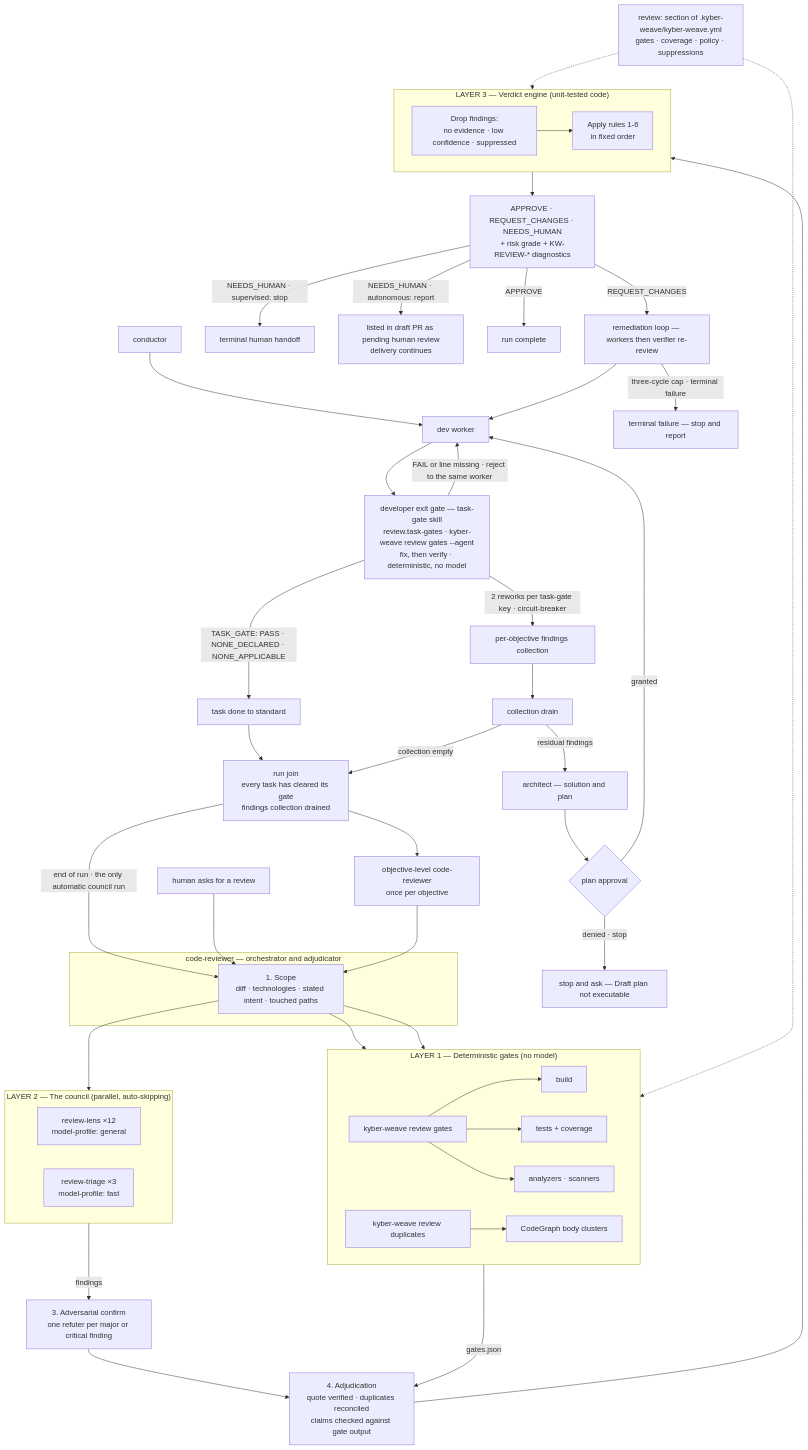
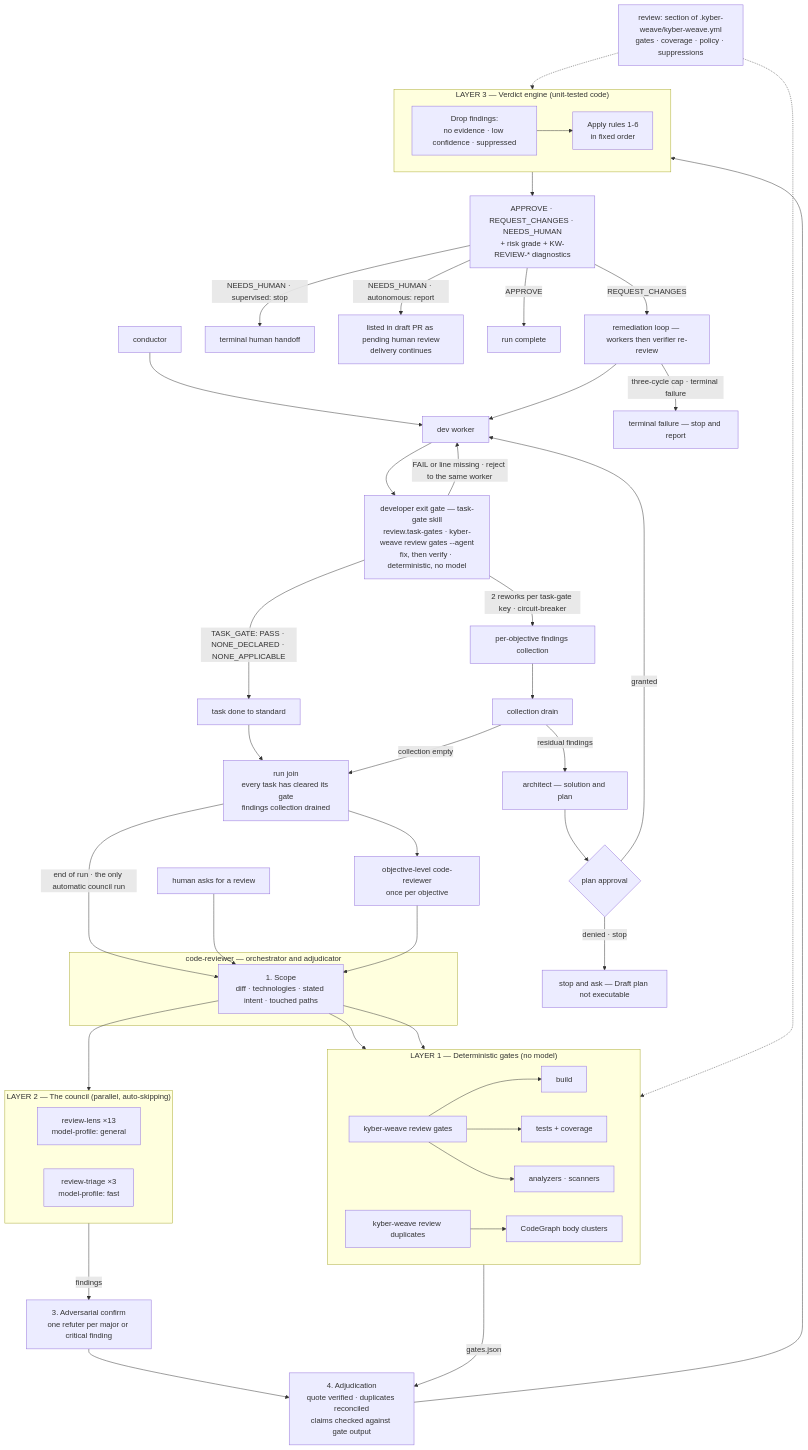
The first of 5 diagrams in docs/code-review/architecture.md (dpalfery/kyber-weave), drawn with Mermaid before and after one commit. The commit also changed other lines of this file and 9 other files, not shown here.

First line of the commit message:
feat(review): add test-infrastructure council lens

````diff
--- a/docs/code-review/architecture.md
+++ b/docs/code-review/architecture.md
@@ -47,64 +47,64 @@
 ```mermaid
 flowchart TD
     Cfg["review: section of .kyber-weave/kyber-weave.yml<br/>gates · coverage · policy · suppressions"]
     Gate["developer exit gate — task-gate skill<br/>review.task-gates · kyber-weave review gates --agent<br/>fix, then verify · deterministic, no model"]
     Caller["conductor"] --> Worker["dev worker"]
     Worker --> Gate
     Gate -->|"TASK_GATE: PASS · NONE_DECLARED · NONE_APPLICABLE"| TaskDone["task done to standard"]
     Gate -->|"FAIL or line missing · reject to the same worker"| Worker
     Gate -->|"2 reworks per task-gate key · circuit-breaker"| Findings["per-objective findings collection"]
     TaskDone --> Join["run join<br/>every task has cleared its gate<br/>findings collection drained"]
     Findings --> Drain["collection drain"]
     Drain -->|"residual findings"| Architect["architect — solution and plan"]
     Architect --> Approval{"plan approval"}
     Approval -->|"granted"| Worker
     Approval -->|"denied · stop"| PlanDenied["stop and ask — Draft plan not executable"]
     Drain -->|"collection empty"| Join
     Join -->|"end of run · the only automatic council run"| Scope
     HumanAsk["human asks for a review"] --> Scope
 
     subgraph CR["code-reviewer — orchestrator and adjudicator"]
         Scope["1. Scope<br/>diff · technologies · stated intent · touched paths"]
     end
 
     Scope --> GR
     Scope --> DG
     Scope --> Council
 
     subgraph Gates["LAYER 1 — Deterministic gates (no model)"]
         direction LR
         GR["kyber-weave review gates"] --> G1["build"] & G2["tests + coverage"] & G3["analyzers · scanners"]
         DG["kyber-weave review duplicates"] --> G4["CodeGraph body clusters"]
     end
 
     subgraph Council["LAYER 2 — The council (parallel, auto-skipping)"]
         direction LR
-        RL["review-lens ×12<br/>model-profile: general"]
+        RL["review-lens ×13<br/>model-profile: general"]
         RT["review-triage ×3<br/>model-profile: fast"]
     end
 
     Council -->|"findings"| Confirm["3. Adversarial confirm<br/>one refuter per major or critical finding"]
     Confirm --> Adjudicate
     Gates -->|"gates.json"| Adjudicate
 
     Adjudicate["4. Adjudication<br/>quote verified · duplicates reconciled<br/>claims checked against gate output"] --> VE
 
     subgraph VE["LAYER 3 — Verdict engine (unit-tested code)"]
         direction LR
         Drop["Drop findings:<br/>no evidence · low confidence · suppressed"] --> Rules["Apply rules 1-6<br/>in fixed order"]
     end
 
     VE --> Out["APPROVE · REQUEST_CHANGES · NEEDS_HUMAN<br/>+ risk grade + KW-REVIEW-* diagnostics"]
 
     Out -->|"NEEDS_HUMAN · supervised: stop"| Human["terminal human handoff"]
     Out -->|"NEEDS_HUMAN · autonomous: report"| PendingReview["listed in draft PR as pending human review<br/>delivery continues"]
     Out -->|"APPROVE"| RunComplete["run complete"]
     Out -->|"REQUEST_CHANGES"| ObjRemed["remediation loop — workers then verifier re-review"]
     ObjRemed --> Worker
     ObjRemed -->|"three-cycle cap · terminal failure"| ObjFailed["terminal failure — stop and report"]
     Join --> ObjReview["objective-level code-reviewer<br/>once per objective"]
     ObjReview --> Scope
 
     Cfg -.-> Gates
     Cfg -.-> VE
 ```
````
